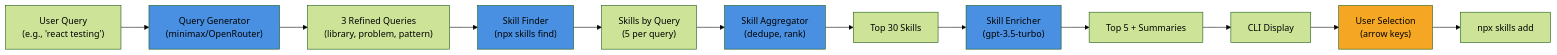
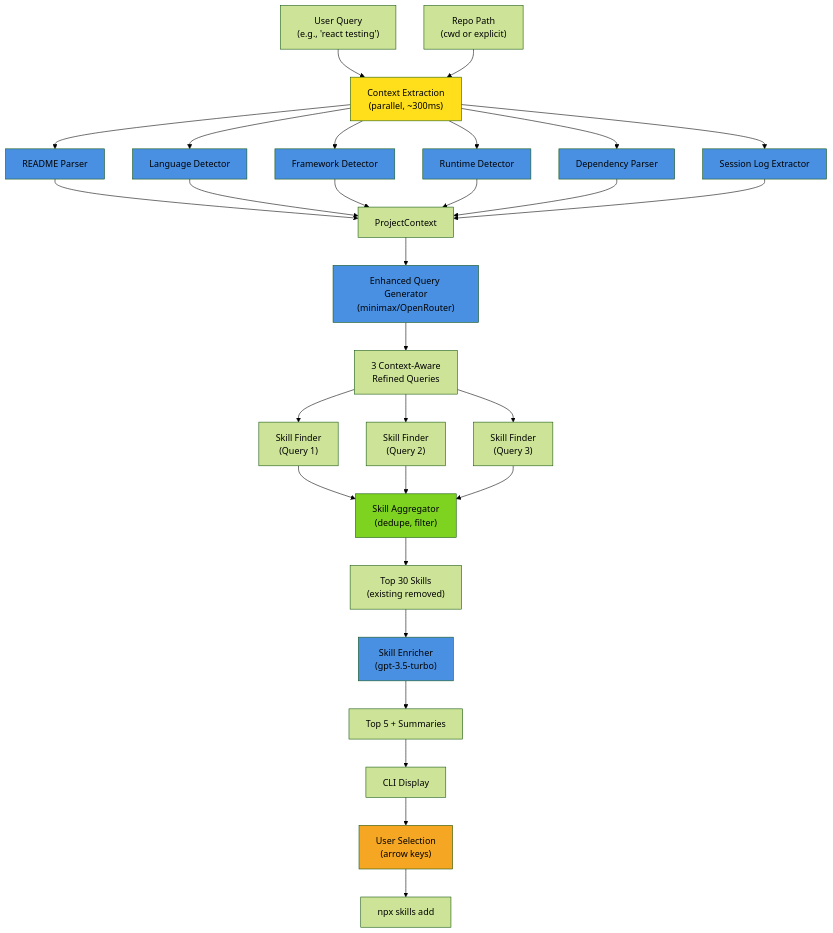
One commit to remyjkim/darwinian-worker changed the first of 17 diagrams in docs/plans/skill-recommendation/diagrams.md. Above: the diagram before and after it, drawn with Mermaid (forest theme). The commit also changed other lines of this file and 1 other file, not shown here.

First line of the commit message:
docs: update Phase 2 with session logs, comprehensive diagrams

````diff
--- a/docs/plans/skill-recommendation/diagrams.md
+++ b/docs/plans/skill-recommendation/diagrams.md
@@ -10,33 +11,53 @@
 ```mermaid
-graph LR
-    A["User Query<br/>(e.g., 'react testing')"] 
-    B["Query Generator<br/>(minimax/OpenRouter)"]
-    C["3 Refined Queries<br/>(library, problem, pattern)"]
-    D["Skill Finder<br/>(npx skills find)"]
-    E["Skills by Query<br/>(5 per query)"]
-    F["Skill Aggregator<br/>(dedupe, rank)"]
-    G["Top 30 Skills"]
-    H["Skill Enricher<br/>(gpt-3.5-turbo)"]
-    I["Top 5 + Summaries"]
-    J["CLI Display"]
-    K["User Selection<br/>(arrow keys)"]
-    L["npx skills add"]
+graph TB
+    A["User Query<br/>(e.g., 'react testing')"]
+    REPO["Repo Path<br/>(cwd or explicit)"]
     
-    A --> B
-    B --> C
-    C --> D
-    D --> E
-    E --> F
-    F --> G
-    G --> H
-    H --> I
-    I --> J
-    J --> K
-    K --> L
+    A --> CTX["Context Extraction<br/>(parallel, ~300ms)"]
+    REPO --> CTX
     
-    style B fill:#4a90e2
-    style D fill:#4a90e2
-    style F fill:#4a90e2
-    style H fill:#4a90e2
-    style K fill:#f5a623
+    CTX --> CE1["README Parser"]
+    CTX --> CE2["Language Detector"]
+    CTX --> CE3["Framework Detector"]
+    CTX --> CE4["Runtime Detector"]
+    CTX --> CE5["Dependency Parser"]
+    CTX --> CE6["Session Log Extractor"]
+    
+    CE1 --> AGG["ProjectContext"]
+    CE2 --> AGG
+    CE3 --> AGG
+    CE4 --> AGG
+    CE5 --> AGG
+    CE6 --> AGG
+    
+    AGG --> QG["Enhanced Query Generator<br/>(minimax/OpenRouter)"]
+    QG --> RQ["3 Context-Aware<br/>Refined Queries"]
+    
+    RQ --> SF1["Skill Finder<br/>(Query 1)"]
+    RQ --> SF2["Skill Finder<br/>(Query 2)"]
+    RQ --> SF3["Skill Finder<br/>(Query 3)"]
+    
+    SF1 --> SA["Skill Aggregator<br/>(dedupe, filter)"]
+    SF2 --> SA
+    SF3 --> SA
+    
+    SA --> TOP30["Top 30 Skills<br/>(existing removed)"]
+    TOP30 --> SE["Skill Enricher<br/>(gpt-3.5-turbo)"]
+    SE --> TOP5["Top 5 + Summaries"]
+    
+    TOP5 --> CLI["CLI Display"]
+    CLI --> USR["User Selection<br/>(arrow keys)"]
+    USR --> ADD["npx skills add"]
+    
+    style CTX fill:#ffdf1c
+    style CE1 fill:#4a90e2
+    style CE2 fill:#4a90e2
+    style CE3 fill:#4a90e2
+    style CE4 fill:#4a90e2
+    style CE5 fill:#4a90e2
+    style CE6 fill:#4a90e2
+    style QG fill:#4a90e2
+    style SA fill:#7ed321
+    style SE fill:#4a90e2
+    style USR fill:#f5a623
 ```
````
